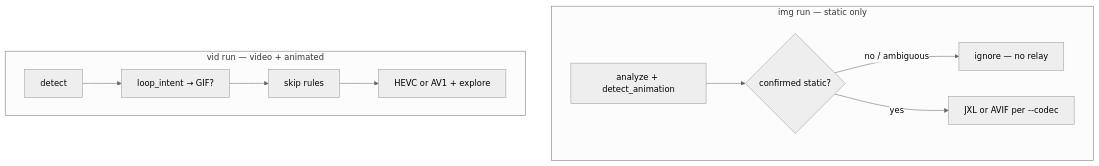
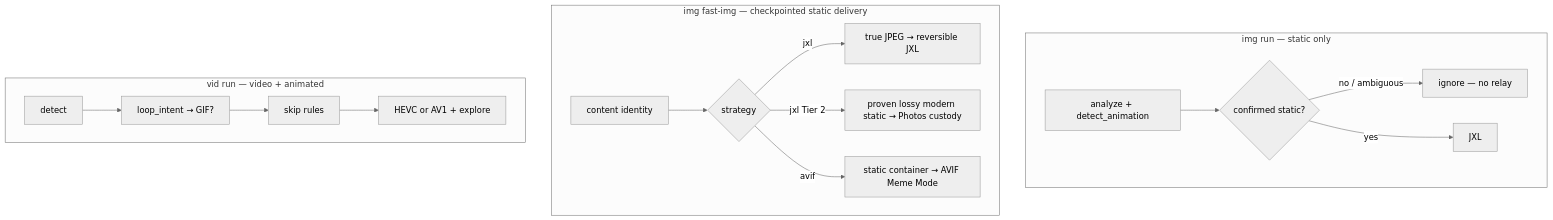
Before and after one commit to nowaytouse/modern-format-boost: the diagram in README.md, drawn with Mermaid (neutral theme). The commit also changed other lines of this file and 4 other files, not shown here.

````diff
--- a/README.md
+++ b/README.md
@@ -192,13 +212,19 @@
 ```mermaid
 flowchart TD
   subgraph img_run ["img run — static only"]
     A[analyze + detect_animation] --> B{confirmed static?}
     B -->|no / ambiguous| I[ignore — no relay]
-    B -->|yes| C[JXL or AVIF per --codec]
+    B -->|yes| C[JXL]
+  end
+  subgraph fast_img ["img fast-img — checkpointed static delivery"]
+    K[content identity] --> L{strategy}
+    L -->|jxl| M[true JPEG → reversible JXL]
+    L -->|jxl Tier 2| N[proven lossy modern static → Photos custody]
+    L -->|avif| O[static container → AVIF Meme Mode]
   end
   subgraph vid_run ["vid run — video + animated"]
     F[detect] --> G[loop_intent → GIF?]
     G --> H[skip rules]
     H --> J[HEVC or AV1 + explore]
   end
 ```
````
